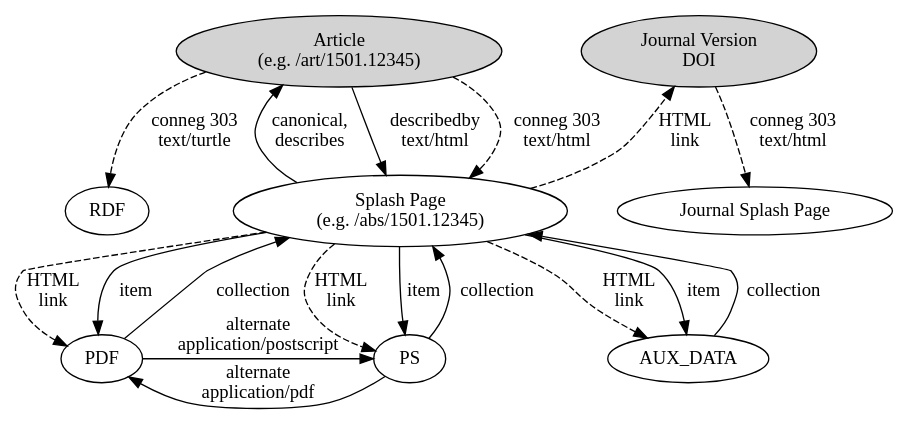
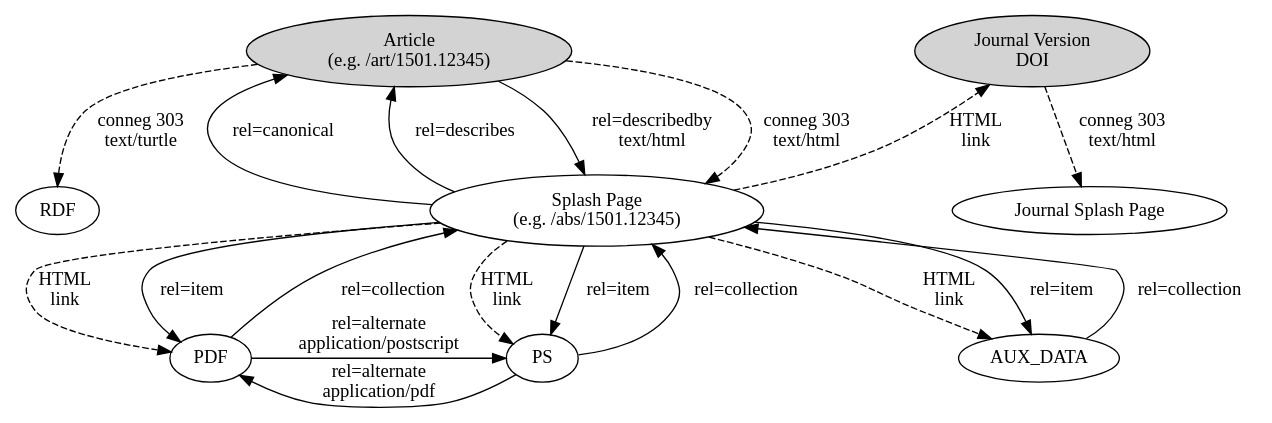
One commit to zimeon/signposting changed the diagram in arxiv_plan.dot. Above: the diagram before and after it, drawn with Graphviz. The commit also changed 11 other files, not shown here.

Commit message:
Improve link/graph formatting

```diff
--- a/arxiv_plan.dot
+++ b/arxiv_plan.dot
@@ -1,25 +1,27 @@
 digraph ARXIV_PLAN {
+  nodesep=0.5
   Article [ style=filled label="Article\n(e.g. /art/1501.12345)" ]
-  Article -> "Splash Page" [ label="describedby\ntext/html" ]
+  Article -> "Splash Page" [ label="rel=describedby\ntext/html" ]
   Article -> "Splash Page" [ style=dashed label="conneg 303\ntext/html" ]
   Article -> RDF [ style=dashed label="conneg 303\ntext/turtle" ]
   "Splash Page" [ label="Splash Page\n(e.g. /abs/1501.12345)" ]
   "Splash Page" -> PDF  [ style=dashed, label="HTML\nlink" ]
   "Splash Page" -> PS  [ style=dashed, label="HTML\nlink" ]
   "Splash Page" -> AUX_DATA  [ style=dashed, label="HTML\nlink" ]
-  "Splash Page" -> Article [ label="canonical,\ndescribes" ]
+  "Splash Page" -> Article [ label="rel=canonical" ]
+  "Splash Page" -> Article [ label="rel=describes" ]
   "Splash Page" -> "Journal Version\nDOI" [ style=dashed label="HTML\nlink" ]
-  "Splash Page" -> PDF  [ label="item" ]
-  "Splash Page" -> PS  [ label="item" ]
-  "Splash Page" -> AUX_DATA  [ label="item" ]
-  "PDF" -> "Splash Page" [ label="collection" ]
-  "PS" -> "Splash Page" [ label="collection" ]
-  "AUX_DATA" -> "Splash Page" [ label="collection" ]
-  "PDF" -> "PS" [ label="alternate\napplication/postscript" ]
-  "PS" -> "PDF" [ label="alternate\napplication/pdf" ]
+  "Splash Page" -> PDF  [ label="rel=item" ]
+  "Splash Page" -> PS  [ label="rel=item" ]
+  "Splash Page" -> AUX_DATA  [ label="rel=item" ]
+  "PDF" -> "Splash Page" [ label="rel=collection" ]
+  "PS" -> "Splash Page" [ label="rel=collection" ]
+  "AUX_DATA" -> "Splash Page" [ label="rel=collection" ]
+  "PDF" -> "PS" [ label="rel=alternate\napplication/postscript" ]
+  "PS" -> "PDF" [ label="rel=alternate\napplication/pdf" ]
   "Journal Version\nDOI" -> "Journal Splash Page" [ style=dashed, label="conneg 303\ntext/html" ]
   "Journal Version\nDOI" [ style=filled ]
   { rank=same {Article "Journal Version\nDOI"} }
   { rank=same {"Splash Page" "Journal Splash Page"} }
   { rank=same {PDF PS AUX_DATA} }
 }
```
